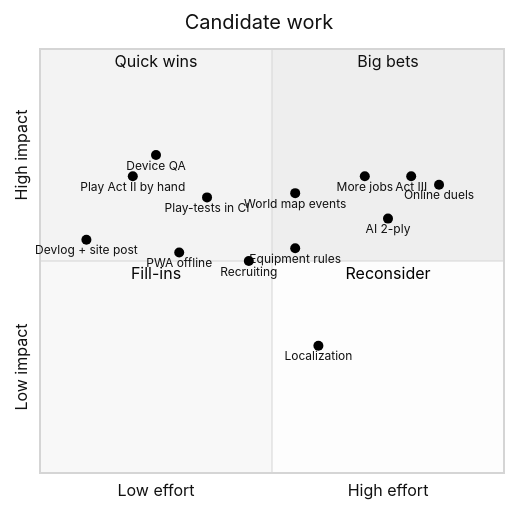
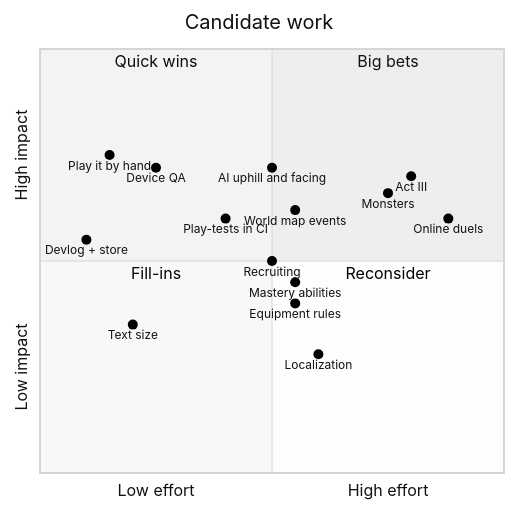
The third of 4 diagrams in docs/ROADMAP.md (CptNope/Chess-RPG-Tactics), drawn with Mermaid (neutral theme) before and after one commit. The commit also changed other lines of this file and 35 other files, not shown here.

````diff
--- a/docs/ROADMAP.md
+++ b/docs/ROADMAP.md
@@ -137,23 +141,24 @@
 ```mermaid
 quadrantChart
     title Candidate work
     x-axis "Low effort" --> "High effort"
     y-axis "Low impact" --> "High impact"
     quadrant-1 "Big bets"
     quadrant-2 "Quick wins"
     quadrant-3 "Fill-ins"
     quadrant-4 "Reconsider"
-    "Play Act II by hand": [0.2, 0.7]
-    "Devlog + site post": [0.1, 0.55]
-    "Device QA": [0.25, 0.75]
-    "Play-tests in CI": [0.36, 0.65]
-    "Recruiting": [0.45, 0.5]
-    "PWA offline": [0.3, 0.52]
-    "Equipment rules": [0.55, 0.53]
-    "World map events": [0.55, 0.66]
-    "AI 2-ply": [0.75, 0.6]
+    "Play it by hand": [0.15, 0.75]
+    "Device QA": [0.25, 0.72]
+    "Devlog + store": [0.1, 0.55]
+    "AI uphill and facing": [0.5, 0.72]
+    "World map events": [0.55, 0.62]
+    "Recruiting": [0.5, 0.5]
+    "Mastery abilities": [0.55, 0.45]
+    "Play-tests in CI": [0.4, 0.6]
+    "Text size": [0.2, 0.35]
+    "Equipment rules": [0.55, 0.4]
     "Act III": [0.8, 0.7]
-    "More jobs": [0.7, 0.7]
-    "Online duels": [0.86, 0.68]
-    "Localization": [0.6, 0.3]
+    "Monsters": [0.75, 0.66]
+    "Online duels": [0.88, 0.6]
+    "Localization": [0.6, 0.28]
 ```
````
